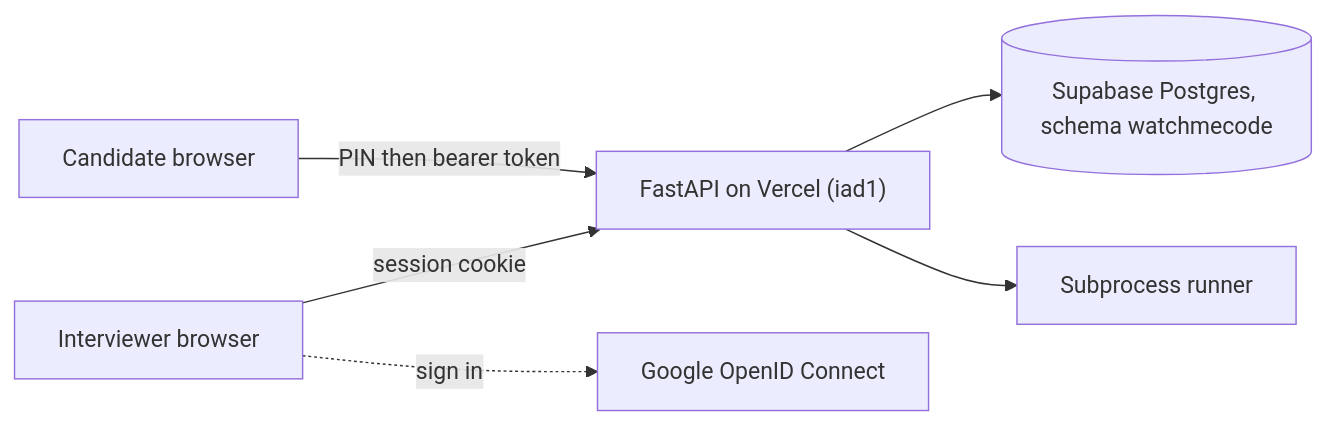
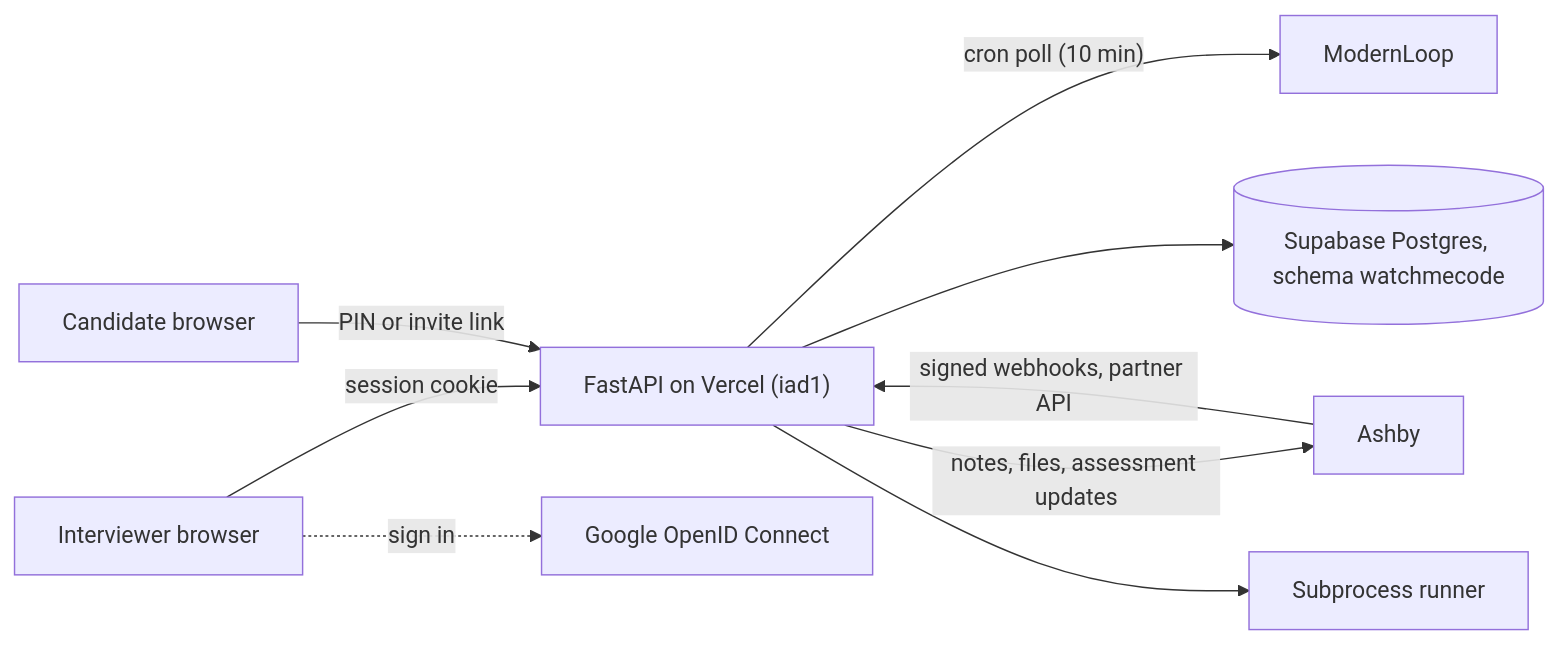
One commit to levensailor/watchmecode.live changed the diagram in README.md. Above: the diagram before and after it, drawn with Mermaid. The commit also changed other lines of this file and 8 other files, not shown here.

Commit message:
Document the Ashby and ModernLoop integrations, the public API, and organization settings, and update the privacy policy and terms for ATS data and integration credentials.

````diff
--- a/README.md
+++ b/README.md
@@ -103,14 +132,19 @@
 ```mermaid
 flowchart LR
   interviewer[Interviewer browser]
   candidate[Candidate browser]
   api["FastAPI on Vercel (iad1)"]
   db[("Supabase Postgres, schema watchmecode")]
   runner[Subprocess runner]
   google[Google OpenID Connect]
+  ashby[Ashby]
+  modernloop[ModernLoop]
   interviewer -->|session cookie| api
-  candidate -->|PIN then bearer token| api
+  candidate -->|PIN or invite link| api
   interviewer -.->|sign in| google
+  ashby -->|signed webhooks, partner API| api
+  api -->|notes, files, assessment updates| ashby
+  api -->|"cron poll (10 min)"| modernloop
   api --> db
   api --> runner
 ```
````
